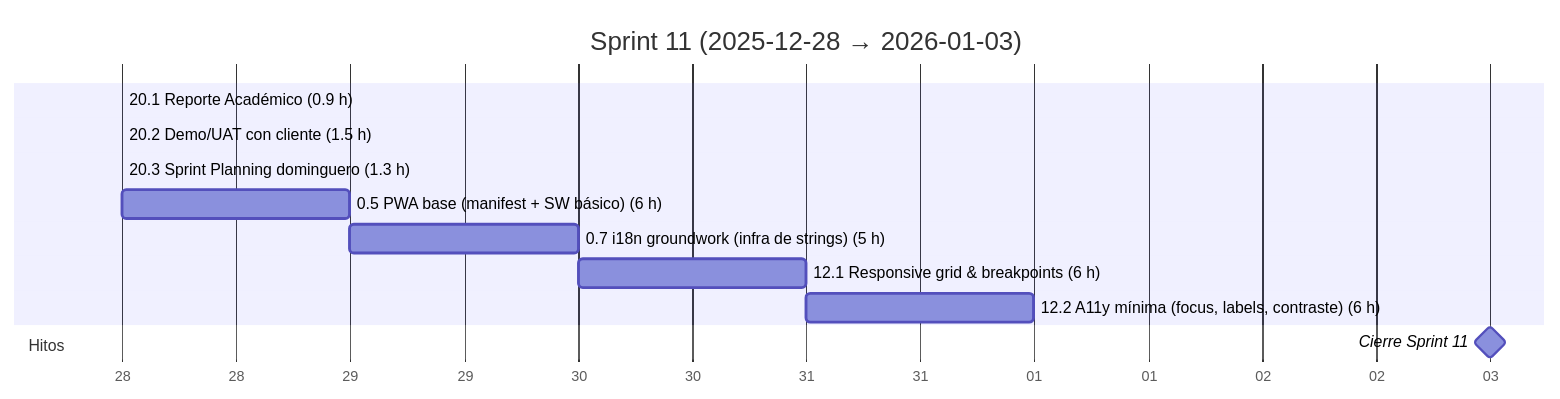
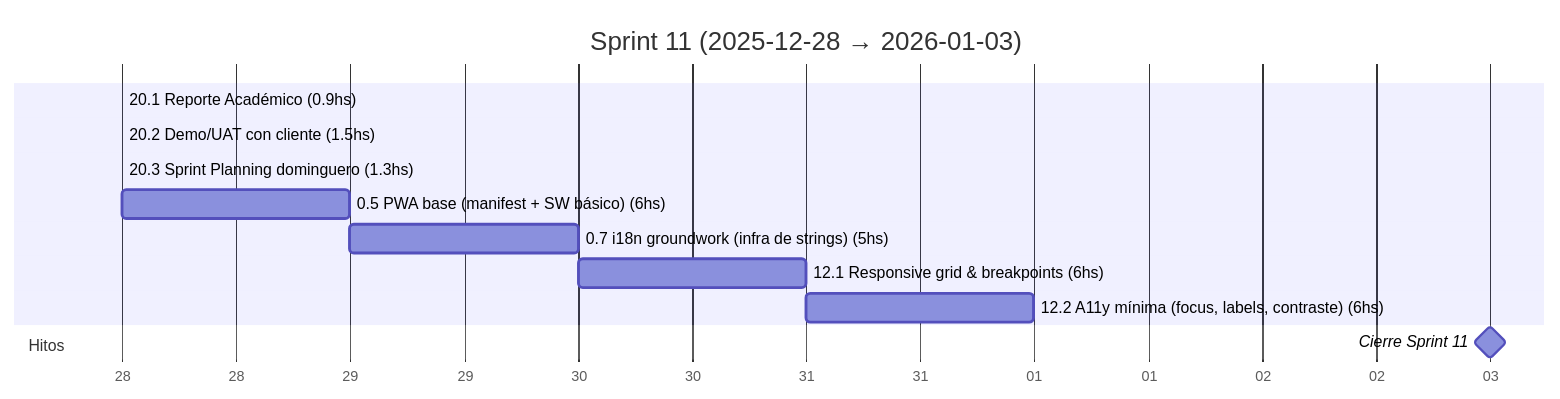
Before and after one commit to MarkMed/FleetMan: diagram 12 of 17 in docs/SprintsGantts.md, drawn with Mermaid. The commit also changed other lines of this file, not shown here.

Commit message:
Update Gantt chart documentation to standardize time format from hours to hours (hs)

````diff
--- a/docs/SprintsGantts.md
+++ b/docs/SprintsGantts.md
@@ -294,19 +293,19 @@
 ```mermaid
 gantt
   title Sprint 11 (2025-12-28 → 2026-01-03)
   dateFormat  YYYY-MM-DD
   axisFormat  %d
 
   %% Asumimos 5 h/día. Horas estimadas incluidas en el nombre.
 
-  20.1 Reporte Académico (0.9 h)               :t201, 2025-12-28, 0.2d
-  20.2 Demo/UAT con cliente (1.5 h)            :t202, after t201, 0.3d
-  20.3 Sprint Planning dominguero (1.3 h)      :t203, after t202, 0.3d
-  0.5 PWA base (manifest + SW básico) (6 h)    :t05, after t203, 1.2d
-  0.7 i18n groundwork (infra de strings) (5 h) :t07, after t05, 1d
-  12.1 Responsive grid & breakpoints (6 h)     :t121, after t07, 1.2d
-  12.2 A11y mínima (focus, labels, contraste) (6 h) :t122, after t121, 1.2d
+  20.1 Reporte Académico (0.9hs)               :t201, 2025-12-28, 0.2d
+  20.2 Demo/UAT con cliente (1.5hs)            :t202, after t201, 0.3d
+  20.3 Sprint Planning dominguero (1.3hs)      :t203, after t202, 0.3d
+  0.5 PWA base (manifest + SW básico) (6hs)    :t05, after t203, 1.2d
+  0.7 i18n groundwork (infra de strings) (5hs) :t07, after t05, 1d
+  12.1 Responsive grid & breakpoints (6hs)     :t121, after t07, 1.2d
+  12.2 A11y mínima (focus, labels, contraste) (6hs) :t122, after t121, 1.2d
 
   section Hitos
   Cierre Sprint 11                             :milestone, s11, 2026-01-03, 0d
 ```
````
